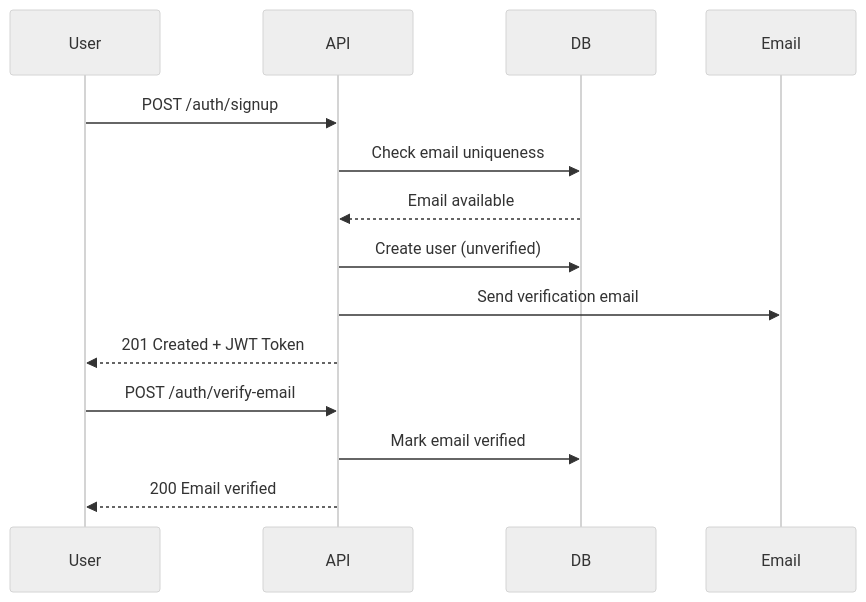
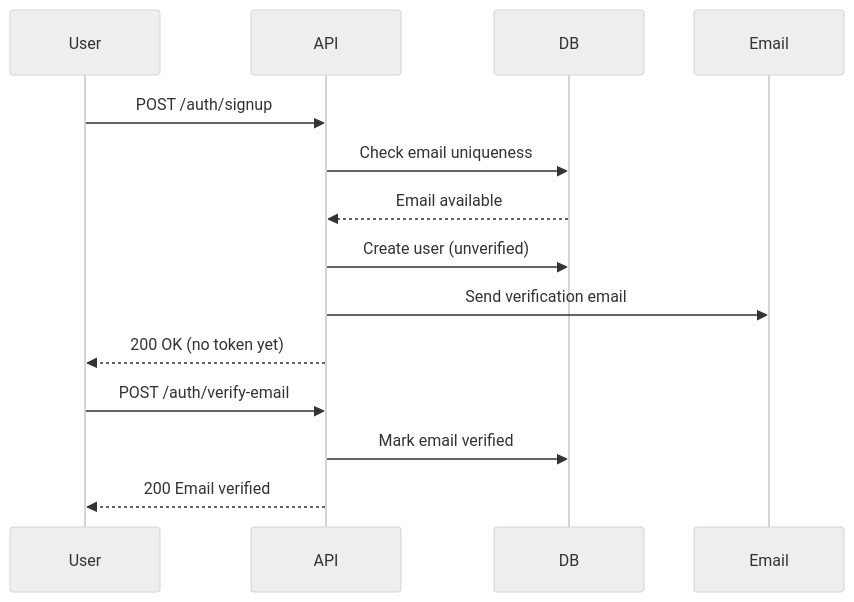
One commit to henilp105/registry changed the diagram in docs/authentication.md. Above: the diagram before and after it, drawn with Mermaid (neutral theme). The commit also changed other lines of this file and 138 other files, not shown here.

````diff
--- a/docs/authentication.md
+++ b/docs/authentication.md
@@ -49,17 +49,17 @@
 ```mermaid
 sequenceDiagram
     participant User
     participant API
     participant DB
     participant Email
 
     User->>API: POST /auth/signup
     API->>DB: Check email uniqueness
     DB-->>API: Email available
     API->>DB: Create user (unverified)
     API->>Email: Send verification email
-    API-->>User: 201 Created + JWT Token
+    API-->>User: 200 OK (no token yet)
     User->>API: POST /auth/verify-email
     API->>DB: Mark email verified
     API-->>User: 200 Email verified
 ```
````
